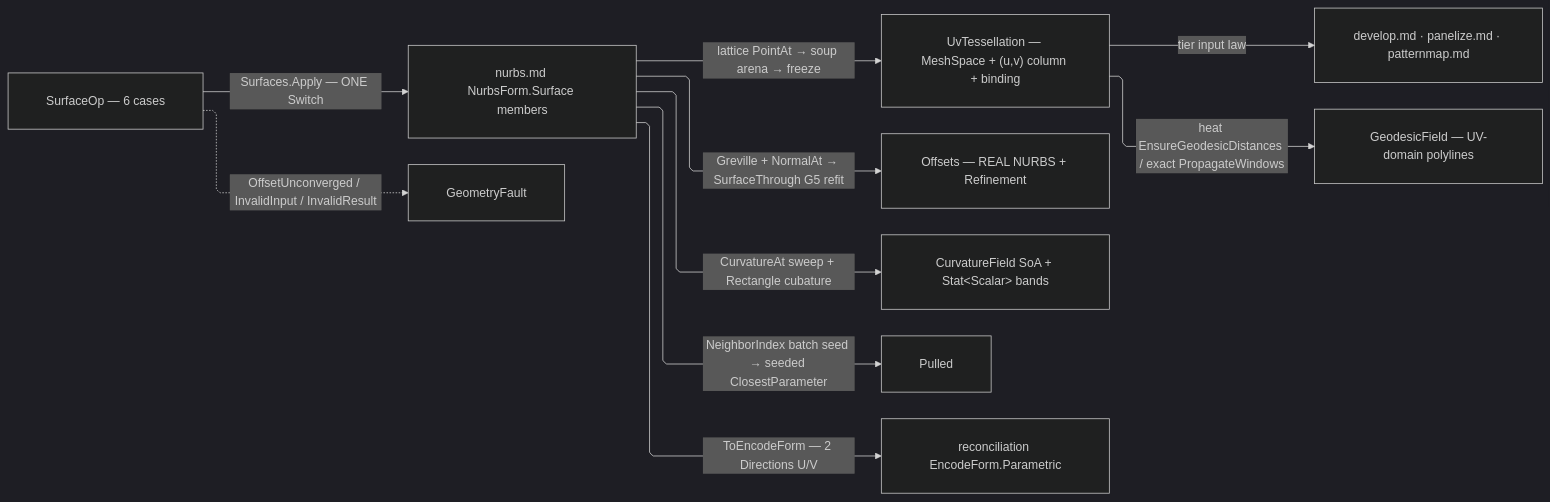
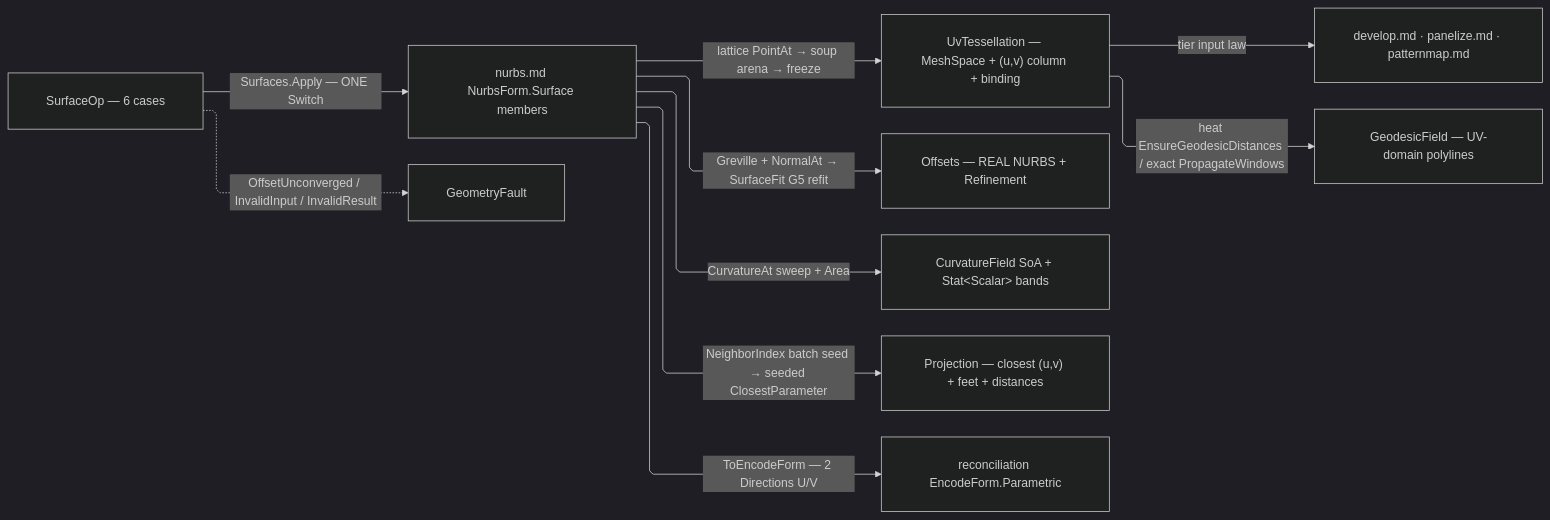
One commit to bsamiee/Rasm changed the diagram in libs/dotnet/Rasm/.planning/Parametric/surface.md. Above: the diagram before and after it, drawn with Mermaid (dark theme). The commit also changed other lines of this file and 47 other files, not shown here.

First line of the commit message:
spec: drain the Parametric audits — collapse wrappers, seat generated owners, land FP/ROP admission across nurbs, curve, surface, locate, projections, patternmap, subdivide, develop, panelize

````diff
--- a/libs/dotnet/Rasm/.planning/Parametric/surface.md
+++ b/libs/dotnet/Rasm/.planning/Parametric/surface.md
@@ -232,21 +221,21 @@
 ```mermaid
 ---
 config:
   layout: elk
   flowchart:
     curve: linear
     padding: 25
 ---
 flowchart LR
     accTitle: Surface op dispatch and result carriers
     accDescr: Surfaces.Apply folds the SurfaceOp cases over nurbs.md engine members into typed SurfaceResult carriers; UvTessellation is the tier carrier feeding develop, panelize, and patternmap, and refusals route to GeometryFault.
     Op["SurfaceOp — 6 cases"] -->|"Surfaces.Apply — ONE Switch"| Engine["nurbs.md NurbsForm.Surface members"]
     Engine -->|"lattice PointAt → soup arena → freeze"| UvT["UvTessellation — MeshSpace + (u,v) column + binding"]
     UvT -->|"tier input law"| Consumers["develop.md · panelize.md · patternmap.md"]
     UvT -->|"heat EnsureGeodesicDistances / exact PropagateWindows"| Contours["GeodesicField — UV-domain polylines"]
-    Engine -->|"Greville + NormalAt → SurfaceThrough G5 refit"| Offsets["Offsets — REAL NURBS + Refinement"]
-    Engine -->|"CurvatureAt sweep + Rectangle cubature"| Field["CurvatureField SoA + Stat&lt;Scalar&gt; bands"]
-    Engine -->|"NeighborIndex batch seed → seeded ClosestParameter"| Pulled
+    Engine -->|"Greville + NormalAt → SurfaceFit G5 refit"| Offsets["Offsets — REAL NURBS + Refinement"]
+    Engine -->|"CurvatureAt sweep + Area"| Field["CurvatureField SoA + Stat&lt;Scalar&gt; bands"]
+    Engine -->|"NeighborIndex batch seed → seeded ClosestParameter"| Projection["Projection — closest (u,v) + feet + distances"]
     Engine -->|"ToEncodeForm — 2 Directions U/V"| Identity["reconciliation EncodeForm.Parametric"]
     Op -.->|"OffsetUnconverged / InvalidInput / InvalidResult"| GeometryFault
 ```
````
